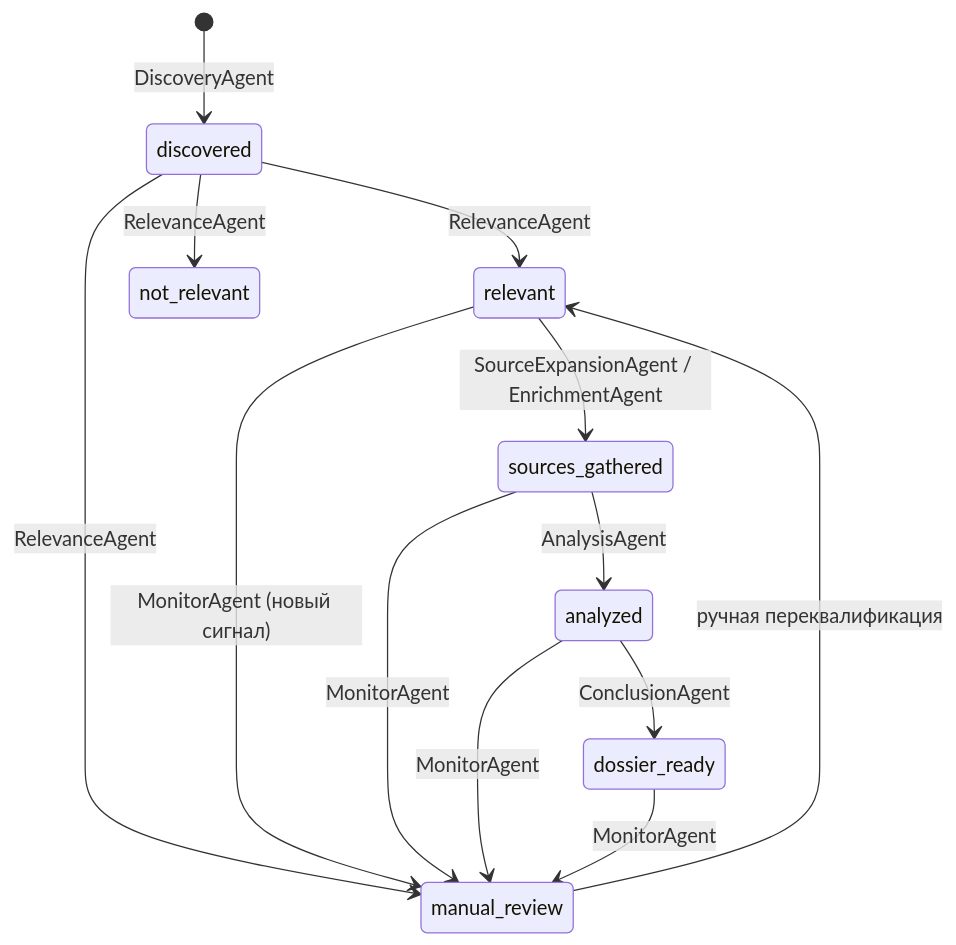
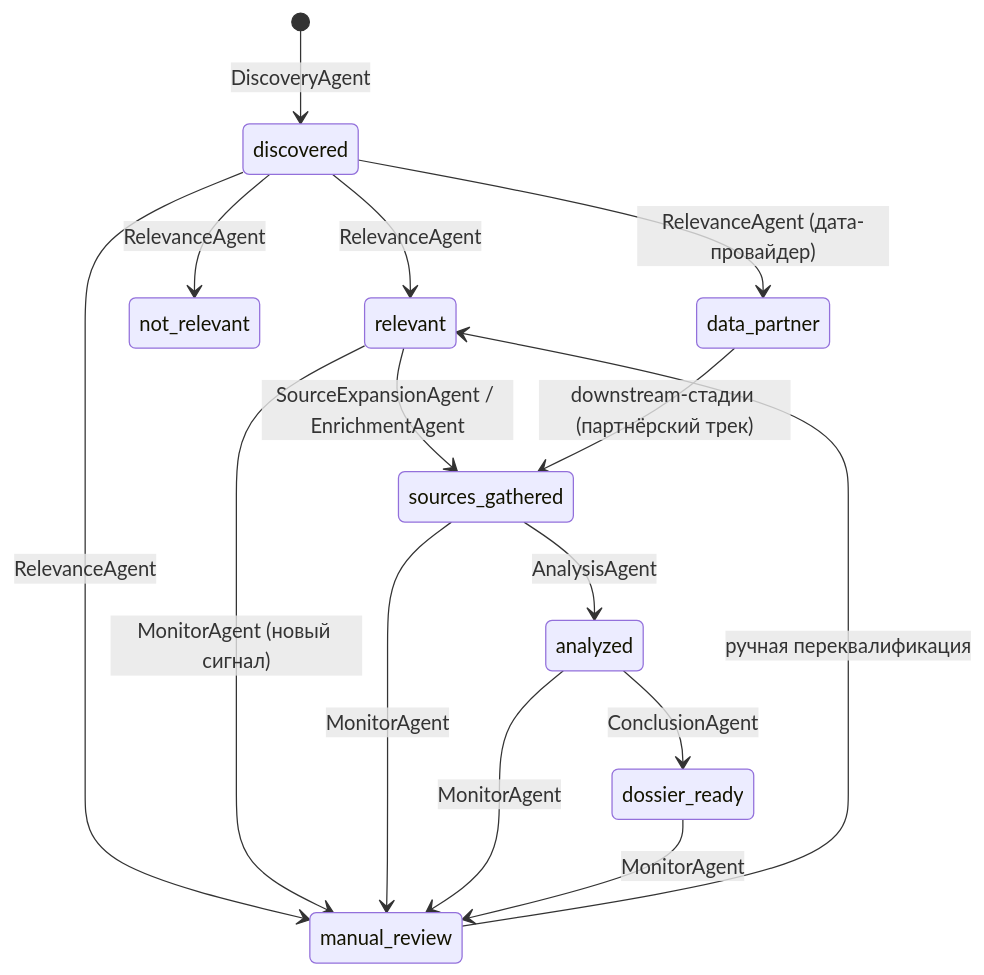
The second of 5 diagrams in ARCHITECTURE.md (Katoli-IV-ka/kvetio-agent), drawn with Mermaid before and after one commit. The commit also changed other lines of this file, not shown here.

Commit message:
docs(architecture): reflect Phase 1 (data_partner, financial resolvers, Contacts stage, record types)

````diff
--- a/ARCHITECTURE.md
+++ b/ARCHITECTURE.md
@@ -288,19 +288,21 @@
 ```mermaid
 stateDiagram-v2
     [*] --> discovered : DiscoveryAgent
 
     discovered --> relevant : RelevanceAgent
     discovered --> not_relevant : RelevanceAgent
     discovered --> manual_review : RelevanceAgent
+    discovered --> data_partner : RelevanceAgent (дата-провайдер)
 
     manual_review --> relevant : ручная переквалификация
 
     relevant --> sources_gathered : SourceExpansionAgent / EnrichmentAgent
+    data_partner --> sources_gathered : downstream-стадии (партнёрский трек)
     sources_gathered --> analyzed : AnalysisAgent
     analyzed --> dossier_ready : ConclusionAgent
 
     relevant --> manual_review : MonitorAgent (новый сигнал)
     sources_gathered --> manual_review : MonitorAgent
     analyzed --> manual_review : MonitorAgent
     dossier_ready --> manual_review : MonitorAgent
 ```
````
